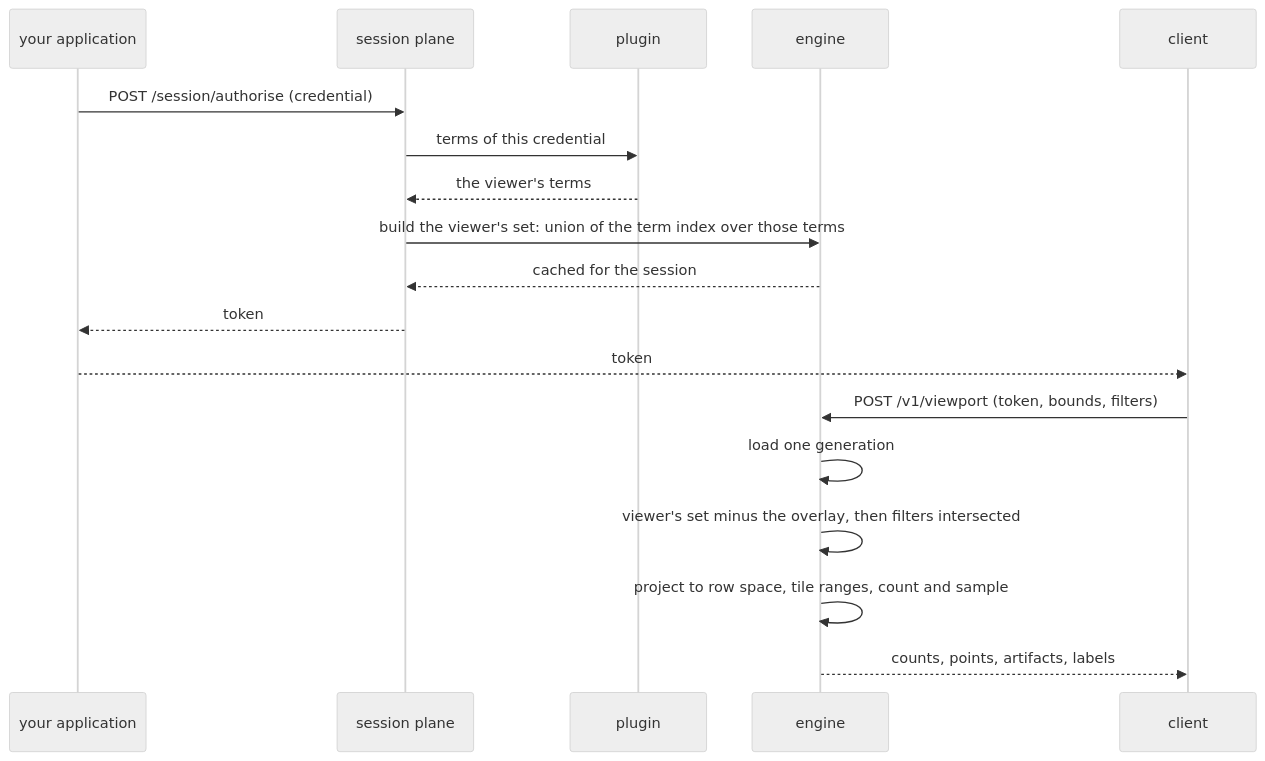
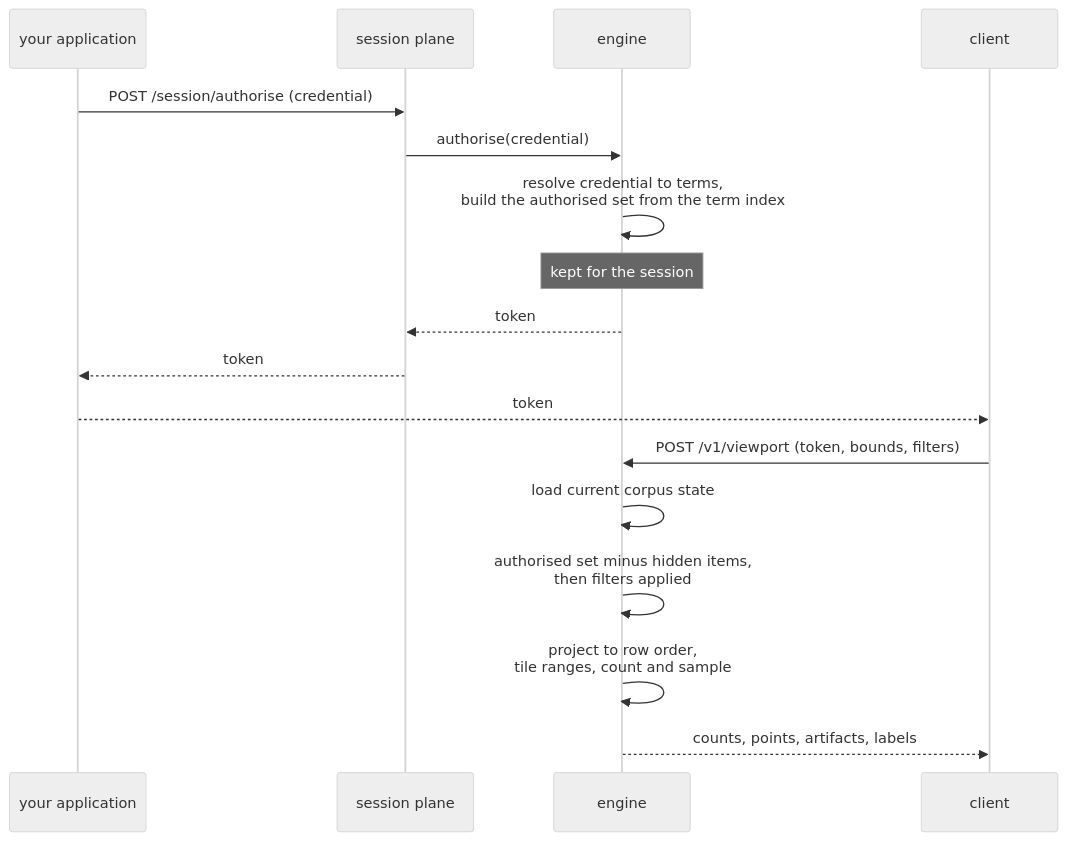
The diagram in docs/system/access-control.md (jennis0/tesseradb), drawn with Mermaid (neutral theme) before and after one commit. The commit also changed other lines of this file, not shown here.

````diff
--- a/docs/system/access-control.md
+++ b/docs/system/access-control.md
@@ -8,21 +9,20 @@
 ```mermaid
 sequenceDiagram
   participant A as your application
   participant S as session plane
-  participant P as plugin
   participant E as engine
   participant C as client
 
   A->>S: POST /session/authorise (credential)
-  S->>P: terms of this credential
-  P-->>S: the viewer's terms
-  S->>E: build the viewer's set: union of the term index over those terms
-  E-->>S: cached for the session
+  S->>E: authorise(credential)
+  E->>E: resolve credential to terms,<br/>build the authorised set from the term index
+  Note over E: kept for the session
+  E-->>S: token
   S-->>A: token
   A-->>C: token
   C->>E: POST /v1/viewport (token, bounds, filters)
-  E->>E: load one generation
-  E->>E: viewer's set minus the overlay, then filters intersected
-  E->>E: project to row space, tile ranges, count and sample
+  E->>E: load current corpus state
+  E->>E: authorised set minus hidden items,<br/>then filters applied
+  E->>E: project to row order,<br/>tile ranges, count and sample
   E-->>C: counts, points, artifacts, labels
 ```
````
